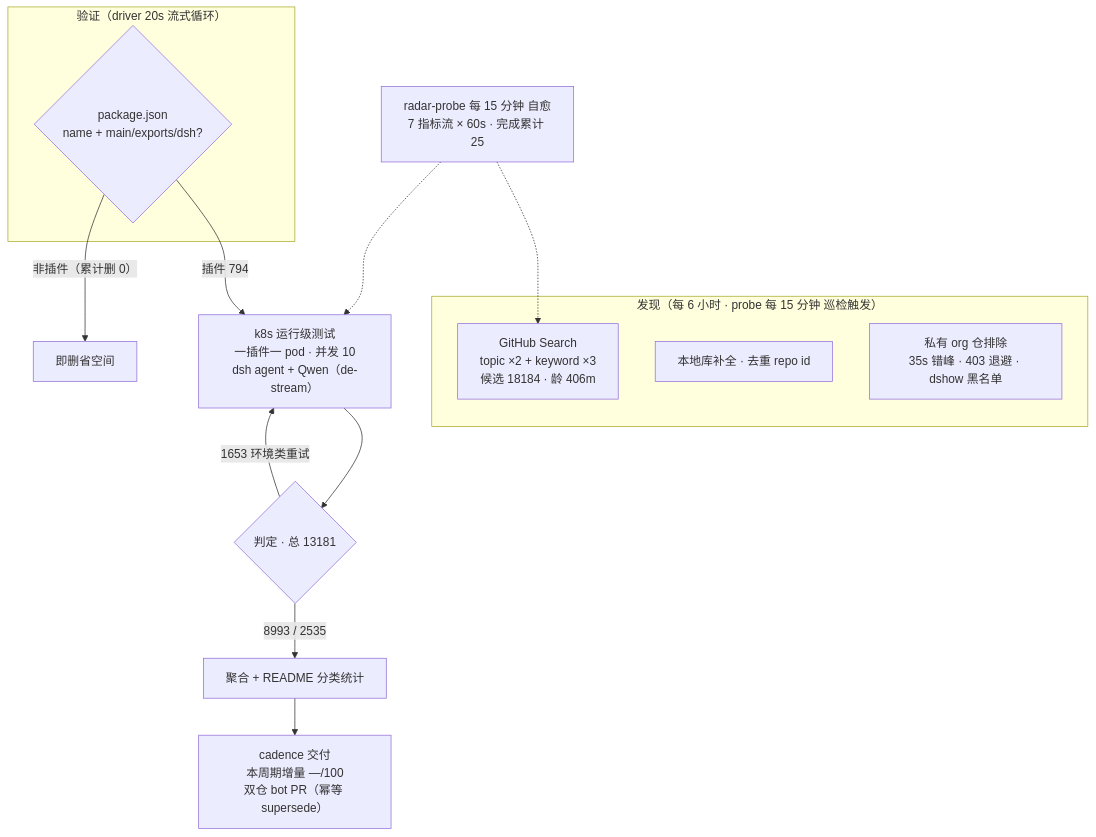
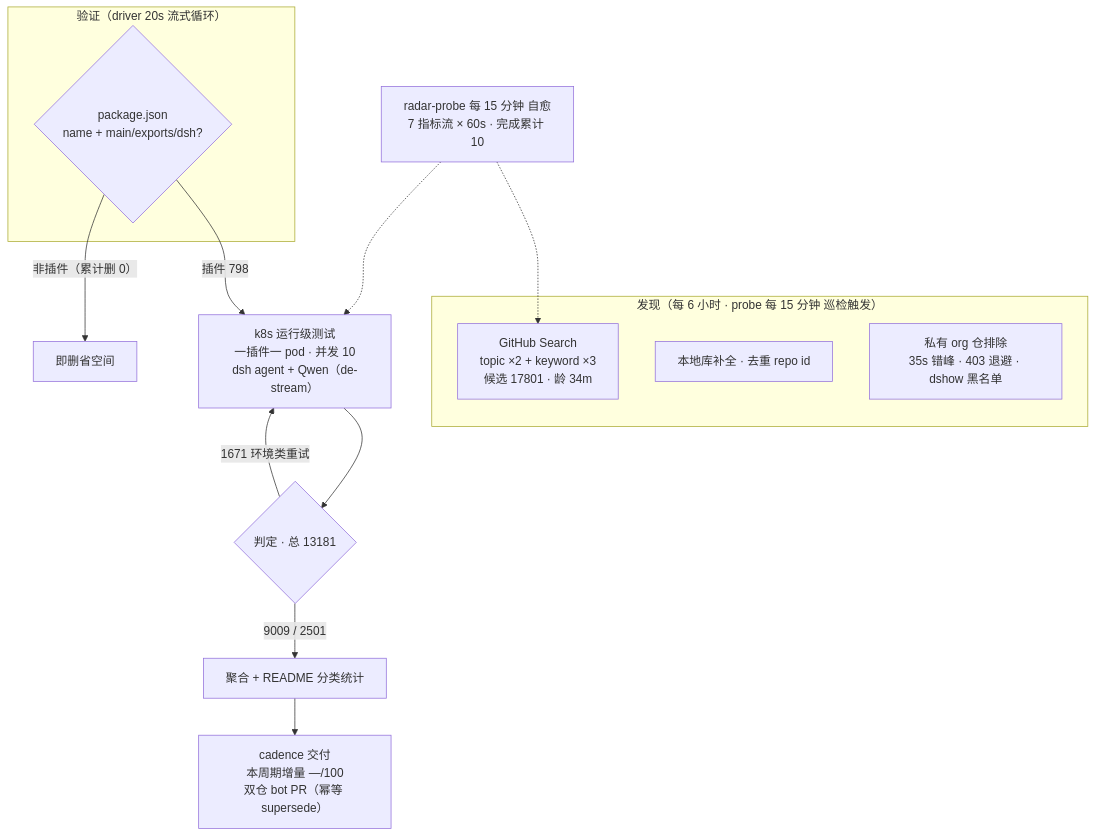
The diagram in README.md (AdamPlatin123/awesome-dsh-plugins), drawn with Mermaid before and after one commit. The commit also changed other lines of this file and 5 other files, not shown here.

````diff
--- a/README.md
+++ b/README.md
@@ -52,20 +52,20 @@
 ```mermaid
 flowchart TB
     subgraph Discovery["发现（每 6 小时 · probe 每 15 分钟 巡检触发）"]
-        A1["GitHub Search<br/>topic ×2 + keyword ×3<br/>候选 18184 · 龄 406m"]
+        A1["GitHub Search<br/>topic ×2 + keyword ×3<br/>候选 17801 · 龄 34m"]
         A2["本地库补全 · 去重 repo id"]
         A3["私有 org 仓排除<br/>35s 错峰 · 403 退避 · dshow 黑名单"]
     end
     subgraph Validation["验证（driver 20s 流式循环）"]
         B1{"package.json<br/>name + main/exports/dsh?"}
     end
-    B1 -->|"插件 794"| C1["k8s 运行级测试<br/>一插件一 pod · 并发 10<br/>dsh agent + Qwen（de-stream）"]
+    B1 -->|"插件 798"| C1["k8s 运行级测试<br/>一插件一 pod · 并发 10<br/>dsh agent + Qwen（de-stream）"]
     B1 -->|"非插件（累计删 0）"| B3["即删省空间"]
     C1 --> D1{"判定 · 总 13181"}
-    D1 -->|"8993 / 2535"| E1["聚合 + README 分类统计"]
-    D1 -->|"1653 环境类重试"| C1
+    D1 -->|"9009 / 2501"| E1["聚合 + README 分类统计"]
+    D1 -->|"1671 环境类重试"| C1
     E1 --> E2["cadence 交付<br/>本周期增量 —/100<br/>双仓 bot PR（幂等 supersede）"]
-    M["radar-probe 每 15 分钟 自愈<br/>7 指标流 × 60s · 完成累计 25"]
+    M["radar-probe 每 15 分钟 自愈<br/>7 指标流 × 60s · 完成累计 10"]
     M -.-> A1
     M -.-> C1
 ```
````
